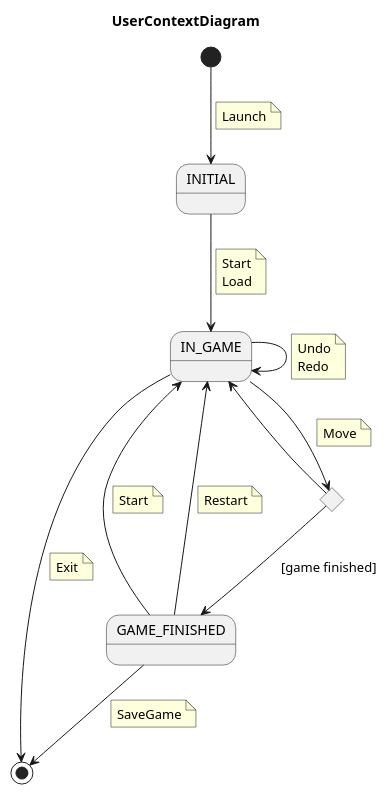
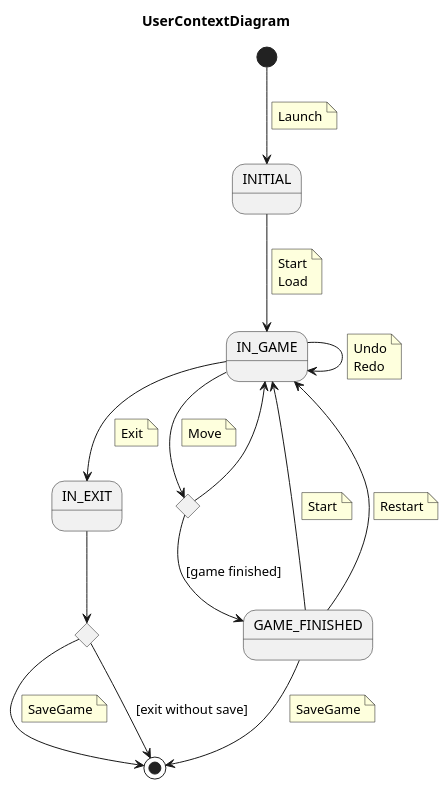
The diagram in docs/src/use-cases/context/game-context.plantuml (Master-Desarrollo-20-21/patrones-diseno---practica-final---juego-de-las-damas-fraylopez), drawn with PlantUML before and after one commit.

Commit message:
AlternativeExitOnUserContext

```diff
--- a/docs/src/use-cases/context/game-context.plantuml
+++ b/docs/src/use-cases/context/game-context.plantuml
@@ -1,52 +1,62 @@
 @startuml UserContextDiagram
 title UserContextDiagram
 state INITIAL
 state IN_GAME
 state GAME_FINISHED
+state IN_EXIT
 
 state IF <<choice>>
+state IF_EXIT <<choice>>
 
 [*] --> INITIAL
 note on link
     Launch
 end note
 
 INITIAL --> IN_GAME
     note on link
         Start
         Load
     end note
 IN_GAME --> IN_GAME
 note on link
     Undo
     Redo
     ' Resume
 end note
 GAME_FINISHED --> IN_GAME
     note on link
         Start
     end note
 
 GAME_FINISHED --> IN_GAME
     note on link
         Restart
     end note
 IN_GAME --> IF
     note on link
         Move
     end note
 
 IF --> IN_GAME
 IF --> GAME_FINISHED: [game finished]
 
-IN_GAME --> [*]
+IN_GAME --> IN_EXIT
     note on link
         Exit
     end note
 
+IN_EXIT --> IF_EXIT
+
+IF_EXIT --> [*]
+    note on link
+        SaveGame
+    end note
+
+IF_EXIT --> [*] : [exit without save]
 
 GAME_FINISHED --> [*]
     note on link
         SaveGame
     end note
 @enduml
```
